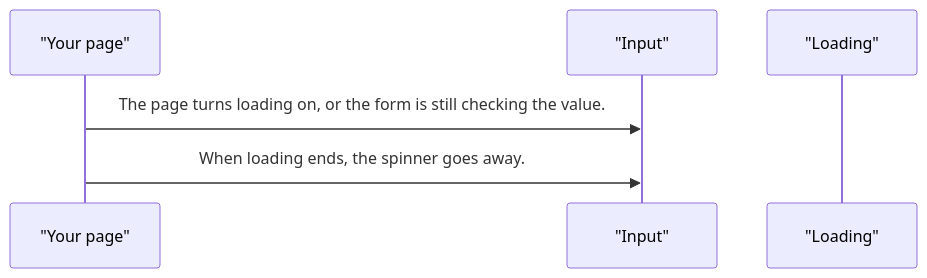
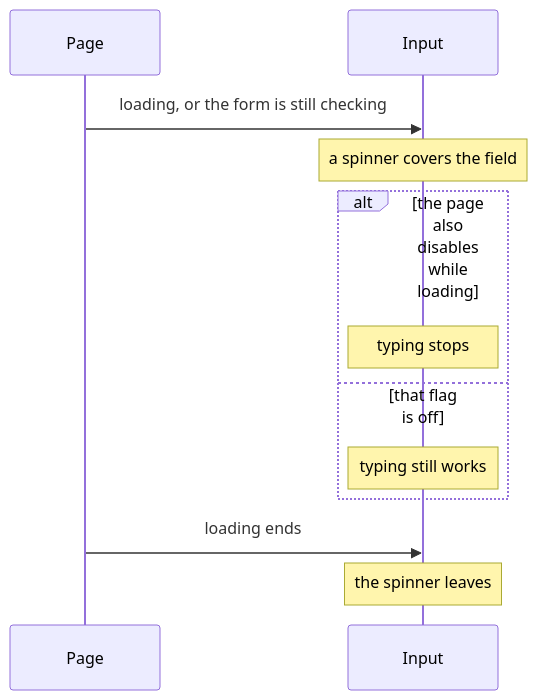
One commit to RajshekharBorate/pixel-ui changed the fifth of 5 diagrams in projects/pixel-ui/src/lib/pixel-input/DESIGN.md. Above: the diagram before and after it, drawn with Mermaid. The commit also changed other lines of this file and 73 other files, not shown here.

Commit message:
Explain who owns each value and what each flow does in every component and service design.

````diff
--- a/projects/pixel-ui/src/lib/pixel-input/DESIGN.md
+++ b/projects/pixel-ui/src/lib/pixel-input/DESIGN.md
@@ -96,8 +121,14 @@
 ```mermaid
 sequenceDiagram
-  participant page as "Your page"
-  participant input as "Input"
-  participant loading as "Loading"
-  page->>input: The page turns loading on, or the form is still checking the value.
-  page->>input: When loading ends, the spinner goes away.
+  participant Page
+  participant Input
+  Page->>Input: loading, or the form is still checking
+  Note over Input: a spinner covers the field
+  alt the page also disables while loading
+    Note over Input: typing stops
+  else that flag is off
+    Note over Input: typing still works
+  end
+  Page->>Input: loading ends
+  Note over Input: the spinner leaves
 ```
````
